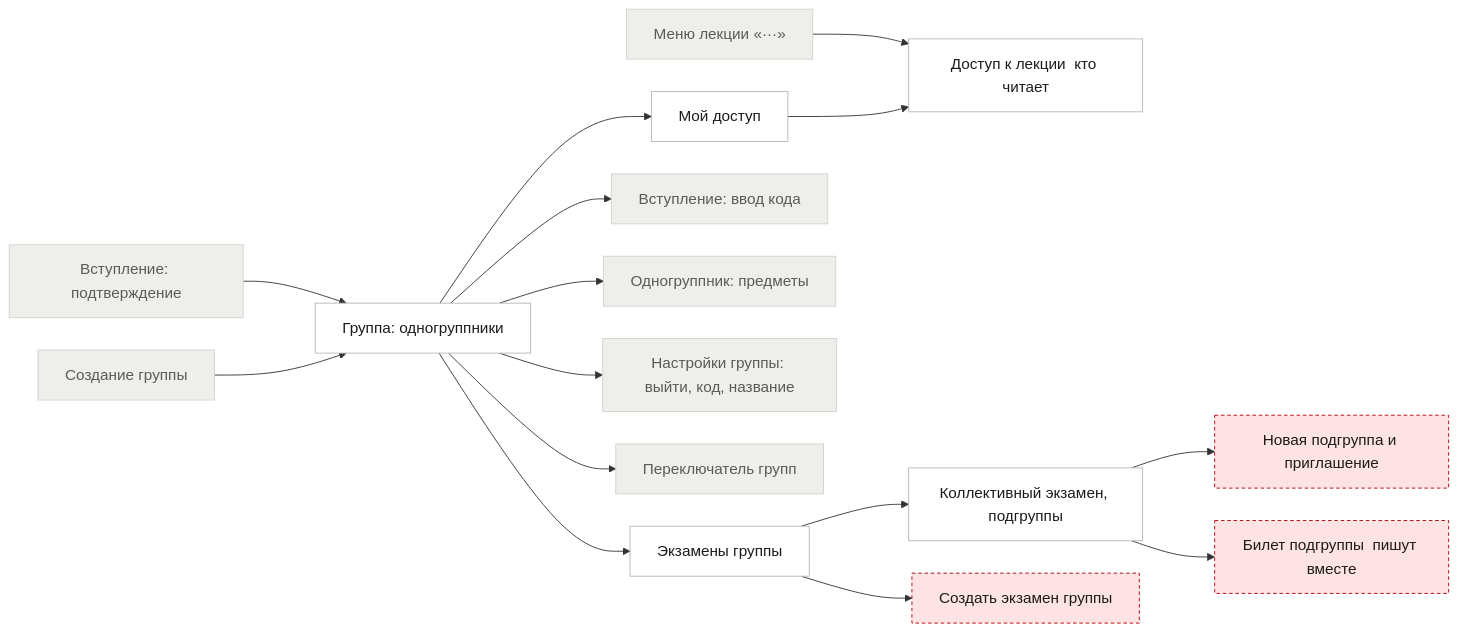
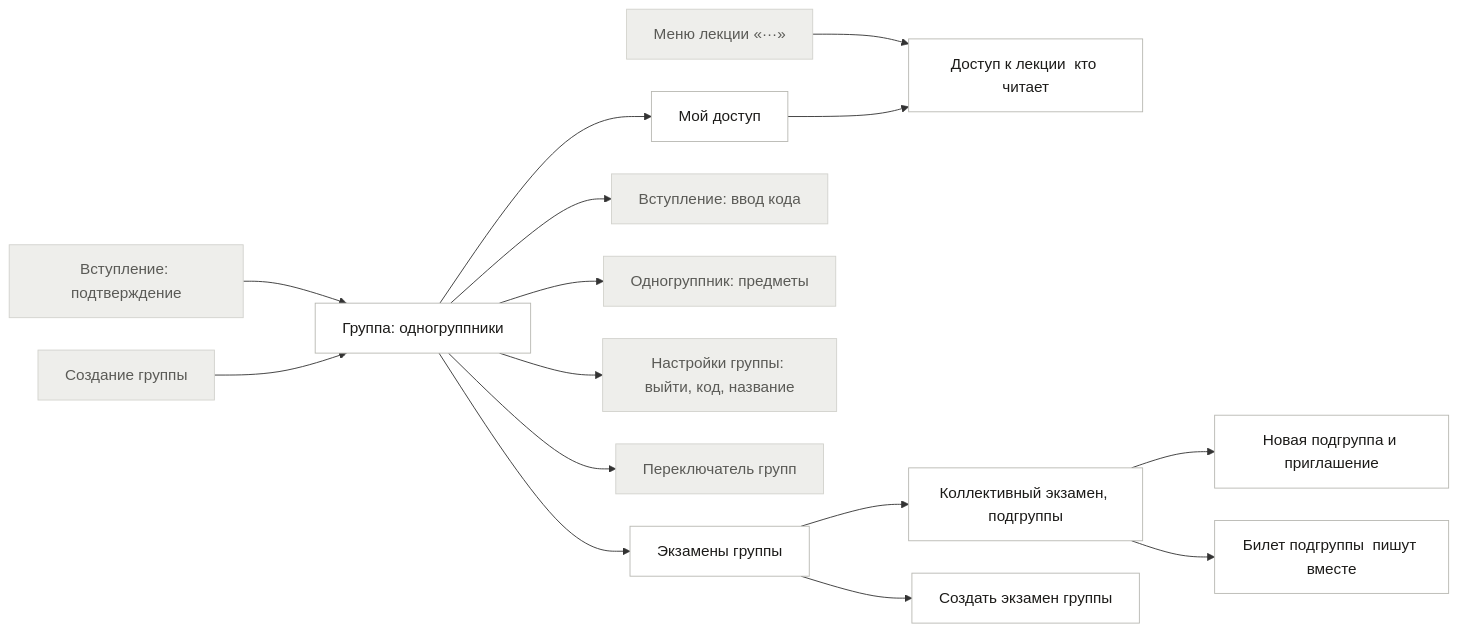
Before and after one commit to misha-quartzevsky/cohorta: the sixth of 6 diagrams in docs/design/ia/userflow.md, drawn with Mermaid. The commit also changed other lines of this file and 1 other file, not shown here.

````diff
--- a/docs/design/ia/userflow.md
+++ b/docs/design/ia/userflow.md
@@ -411,52 +402,52 @@
 ```mermaid
 %%{init:{"themeVariables":{"fontSize":"17px"},"flowchart":{"nodeSpacing":36,"rankSpacing":80,"curve":"basis"}}}%%
 flowchart LR
   g_home["Группа: одногруппники"]
   g_myaccess["Мой доступ"]
   g_lecture_access["Доступ к лекции  кто читает "]
   g_exams["Экзамены группы"]
   g_exam["Коллективный экзамен, подгруппы"]
   g_exam_new["Создать экзамен группы"]
   g_sub_new["Новая подгруппа и приглашение"]
   g_ticket["Билет подгруппы  пишут вместе "]
   g_create["Создание группы"]
   g_join["Вступление: ввод кода"]
   g_join_ok["Вступление: подтверждение"]
   g_member["Одногруппник: предметы"]
   g_settings["Настройки группы: выйти, код, название"]
   g_switch["Переключатель групп"]
   lecture_menu["Меню лекции «···»"]
   lecture_menu --> g_lecture_access
   g_home --> g_join
   g_join_ok --> g_home
   g_create --> g_home
   g_home --> g_switch
   g_home --> g_member
   g_home --> g_settings
   g_home --> g_myaccess
   g_myaccess --> g_lecture_access
   g_home --> g_exams
   g_exams --> g_exam
   g_exams --> g_exam_new
   g_exam --> g_sub_new
   g_exam --> g_ticket
   classDef ok fill:#FFFFFF,stroke:#B8B8B2,color:#1C1B19
   classDef no fill:#FDE3E3,stroke:#B00008,stroke-dasharray:4 3,color:#1C1B19
   classDef ex fill:#EEEEEB,stroke:#D2D2CD,color:#5A5A56
   classDef vi fill:#FDEBDB,stroke:#E86800,color:#1C1B19
   class g_home ok
   class g_myaccess ok
   class g_lecture_access ok
   class g_exams ok
   class g_exam ok
-  class g_exam_new no
-  class g_sub_new no
-  class g_ticket no
+  class g_exam_new ok
+  class g_sub_new ok
+  class g_ticket ok
   class g_create ex
   class g_join ex
   class g_join_ok ex
   class g_member ex
   class g_settings ex
   class g_switch ex
   class lecture_menu ex
 ```
````
